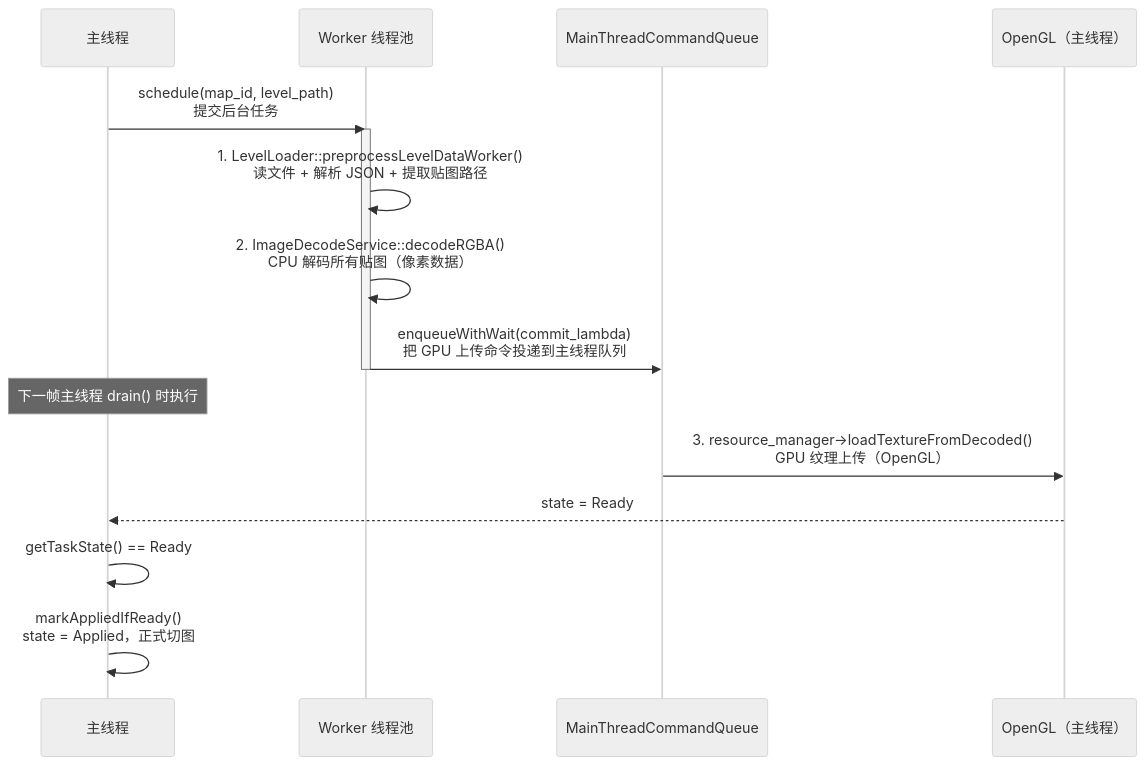
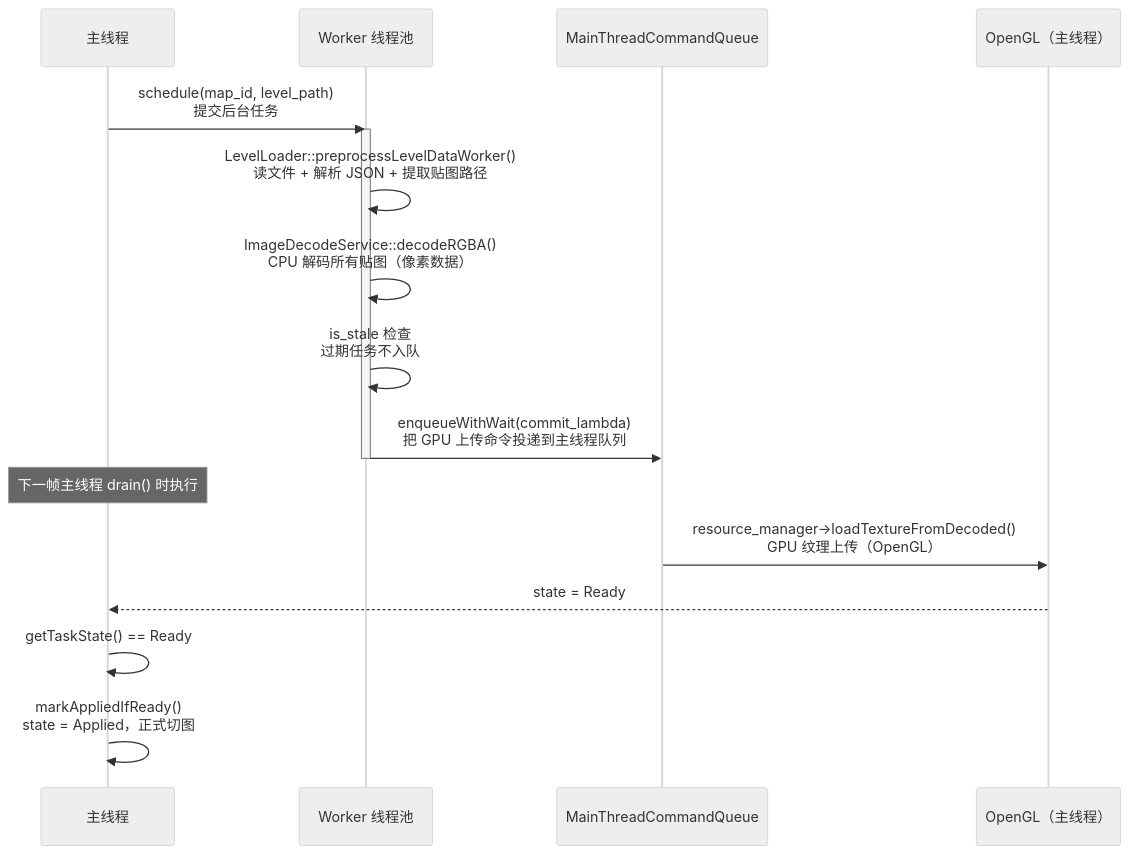
One commit to WispSnow/TinyFarmRPG changed the first of 6 diagrams in docs/game/async_preload_pipeline.md. Above: the diagram before and after it, drawn with Mermaid (neutral theme). The commit also changed other lines of this file and 11 other files, not shown here.

````diff
--- a/docs/game/async_preload_pipeline.md
+++ b/docs/game/async_preload_pipeline.md
@@ -23,23 +23,24 @@
 ```mermaid
 sequenceDiagram
     participant MT as 主线程
     participant TP as Worker 线程池
     participant MQ as MainThreadCommandQueue
     participant GPU as OpenGL（主线程）
 
     MT->>TP: schedule(map_id, level_path)<br/>提交后台任务
 
     activate TP
-    TP->>TP: 1. LevelLoader::preprocessLevelDataWorker()<br/>   读文件 + 解析 JSON + 提取贴图路径
-    TP->>TP: 2. ImageDecodeService::decodeRGBA()<br/>   CPU 解码所有贴图（像素数据）
+    TP->>TP: LevelLoader::preprocessLevelDataWorker()<br/>读文件 + 解析 JSON + 提取贴图路径
+    TP->>TP: ImageDecodeService::decodeRGBA()<br/>CPU 解码所有贴图（像素数据）
+    TP->>TP: is_stale 检查<br/>过期任务不入队
     TP->>MQ: enqueueWithWait(commit_lambda)<br/>把 GPU 上传命令投递到主线程队列
     deactivate TP
 
     Note over MT: 下一帧主线程 drain() 时执行
-    MQ->>GPU: 3. resource_manager->loadTextureFromDecoded()<br/>   GPU 纹理上传（OpenGL）
+    MQ->>GPU: resource_manager->loadTextureFromDecoded()<br/>GPU 纹理上传（OpenGL）
 
     GPU-->>MT: state = Ready
 
     MT->>MT: getTaskState() == Ready
     MT->>MT: markAppliedIfReady()<br/>state = Applied，正式切图
 ```
````
